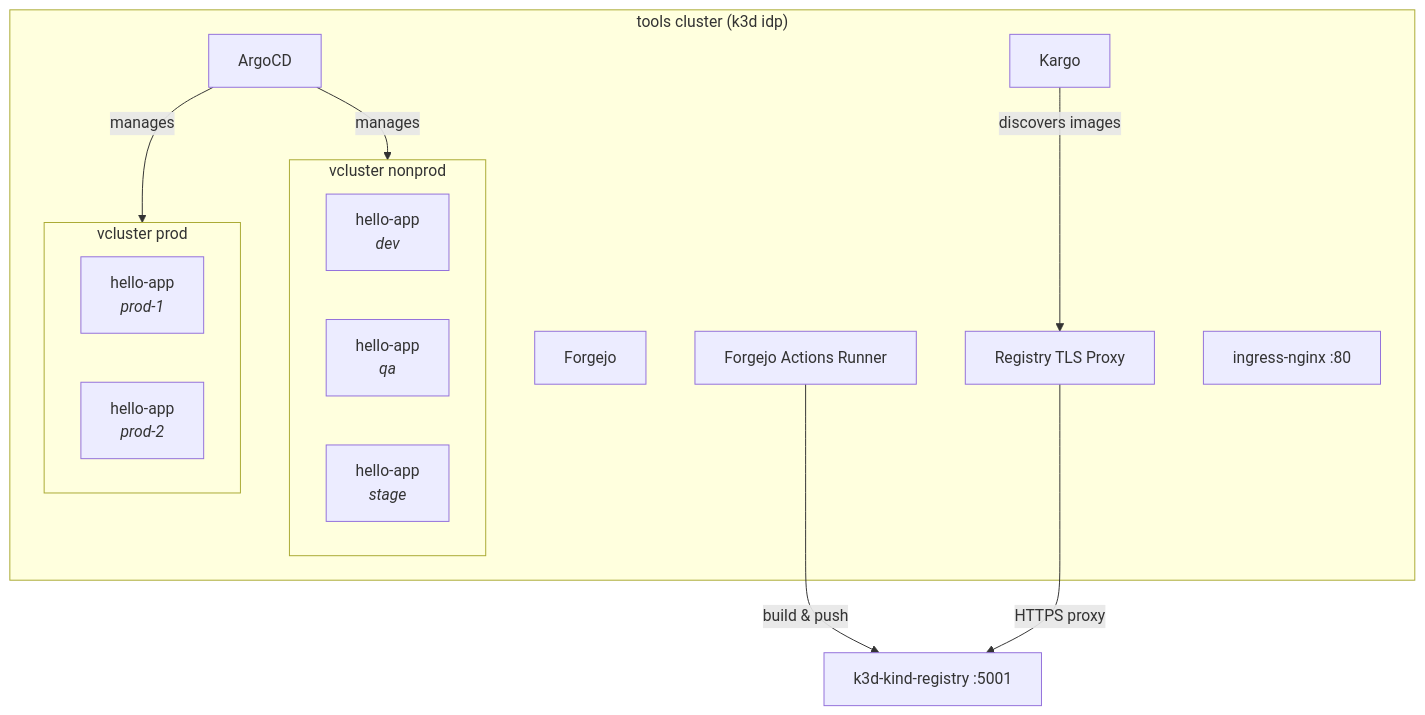
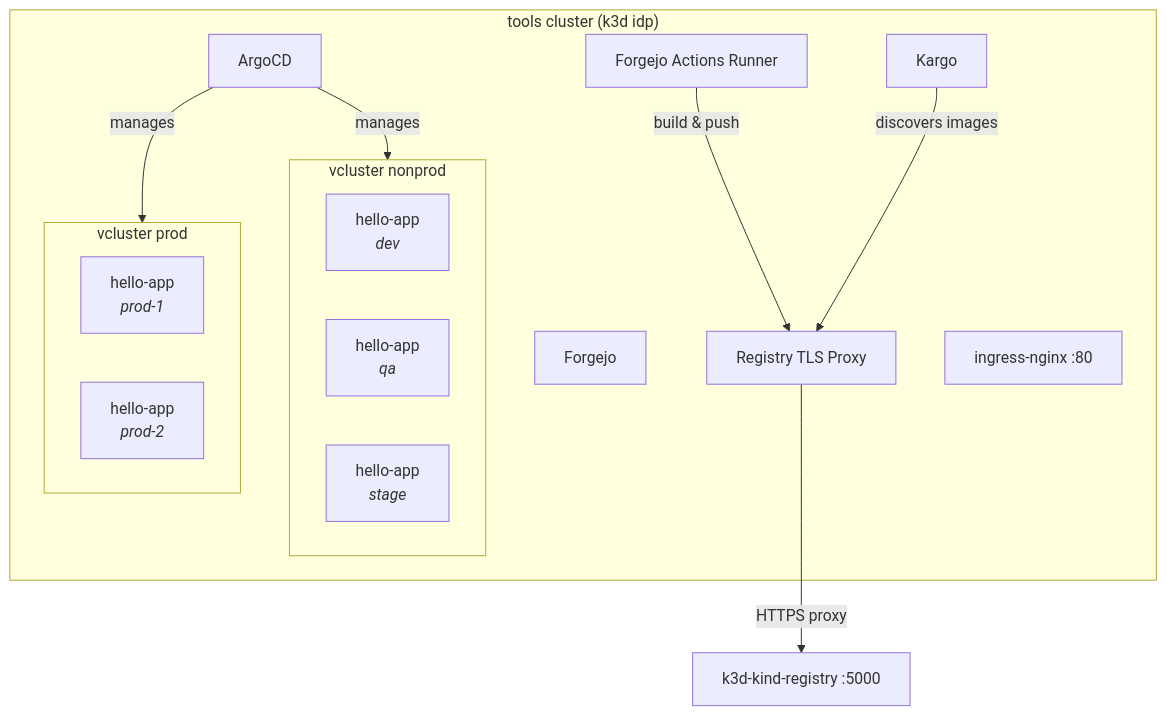
Before and after one commit to pedrobarco/idp: the diagram in README.md, drawn with Mermaid. The commit also changed other lines of this file and 12 other files, not shown here.

First line of the commit message:
refactor: name every image through the registry proxy

````diff
--- a/README.md
+++ b/README.md
@@ -21,26 +21,26 @@
 ```mermaid
 graph TB
     subgraph tools["tools cluster (k3d idp)"]
         ArgoCD
         Forgejo
         Kargo
         runner[Forgejo Actions Runner]
         tls_proxy[Registry TLS Proxy]
         nginx[ingress-nginx :80]
         subgraph nonprod["vcluster nonprod"]
             app_dev[hello-app<br/><i>dev</i>]
             app_qa[hello-app<br/><i>qa</i>]
             app_stage[hello-app<br/><i>stage</i>]
         end
         subgraph prod["vcluster prod"]
             app_p1[hello-app<br/><i>prod-1</i>]
             app_p2[hello-app<br/><i>prod-2</i>]
         end
     end
-    registry["k3d-kind-registry :5001"]
-    runner -- "build & push" --> registry
+    registry["k3d-kind-registry :5000"]
+    runner -- "build & push" --> tls_proxy
     tls_proxy -- "HTTPS proxy" --> registry
     Kargo -- "discovers images" --> tls_proxy
     ArgoCD -- "manages" --> nonprod
     ArgoCD -- "manages" --> prod
 ```
````
